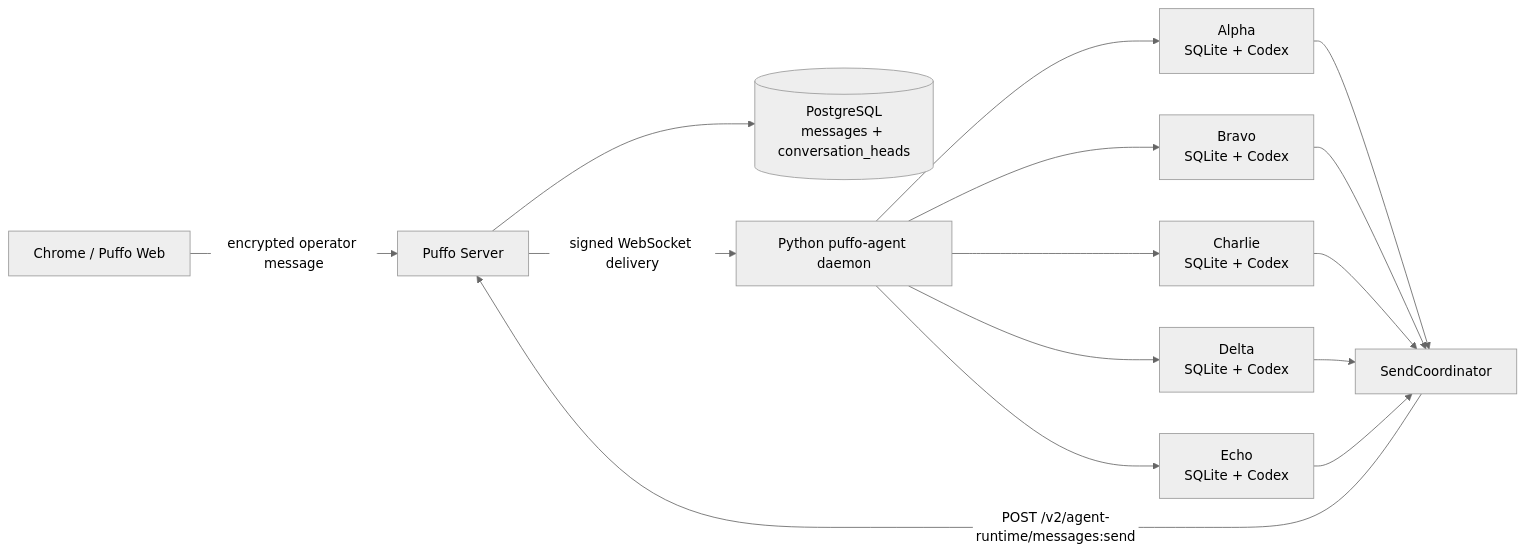
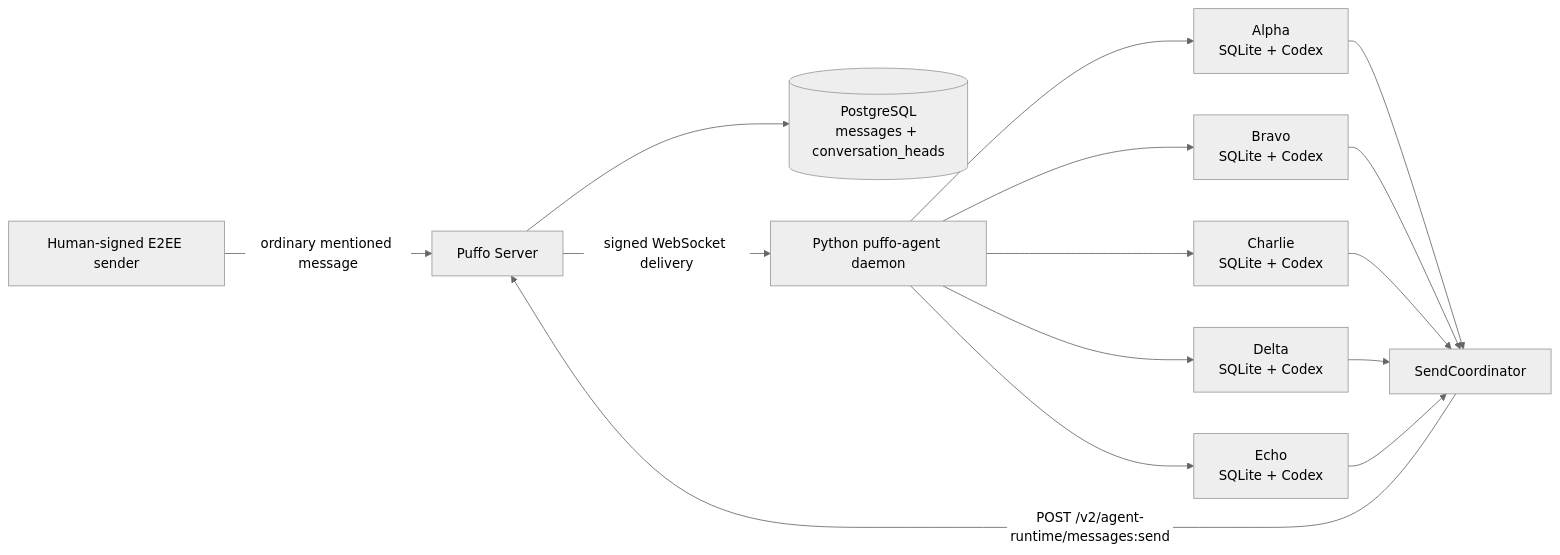
One commit to TZZheng/puffo-agent changed the first of 4 diagrams in docs/integration-tests/python-agent-message-runtime-system-e2e-20260728.md. Above: the diagram before and after it, drawn with Mermaid (neutral theme). The commit also changed other lines of this file, not shown here.

````diff
--- a/docs/integration-tests/python-agent-message-runtime-system-e2e-20260728.md
+++ b/docs/integration-tests/python-agent-message-runtime-system-e2e-20260728.md
@@ -38,13 +43,13 @@
 ```mermaid
 flowchart LR
-    Browser[Chrome / Puffo Web] -->|encrypted operator message| Server[Puffo Server]
+    Human[Human-signed E2EE sender] -->|ordinary mentioned message| Server[Puffo Server]
     Server --> PG[(PostgreSQL<br/>messages + conversation_heads)]
     Server -->|signed WebSocket delivery| Daemon[Python puffo-agent daemon]
     Daemon --> A[Alpha<br/>SQLite + Codex]
     Daemon --> B[Bravo<br/>SQLite + Codex]
     Daemon --> C[Charlie<br/>SQLite + Codex]
     Daemon --> D[Delta<br/>SQLite + Codex]
     Daemon --> E[Echo<br/>SQLite + Codex]
     A & B & C & D & E --> Coordinator[SendCoordinator]
     Coordinator -->|POST /v2/agent-runtime/messages:send| Server
 ```
````
